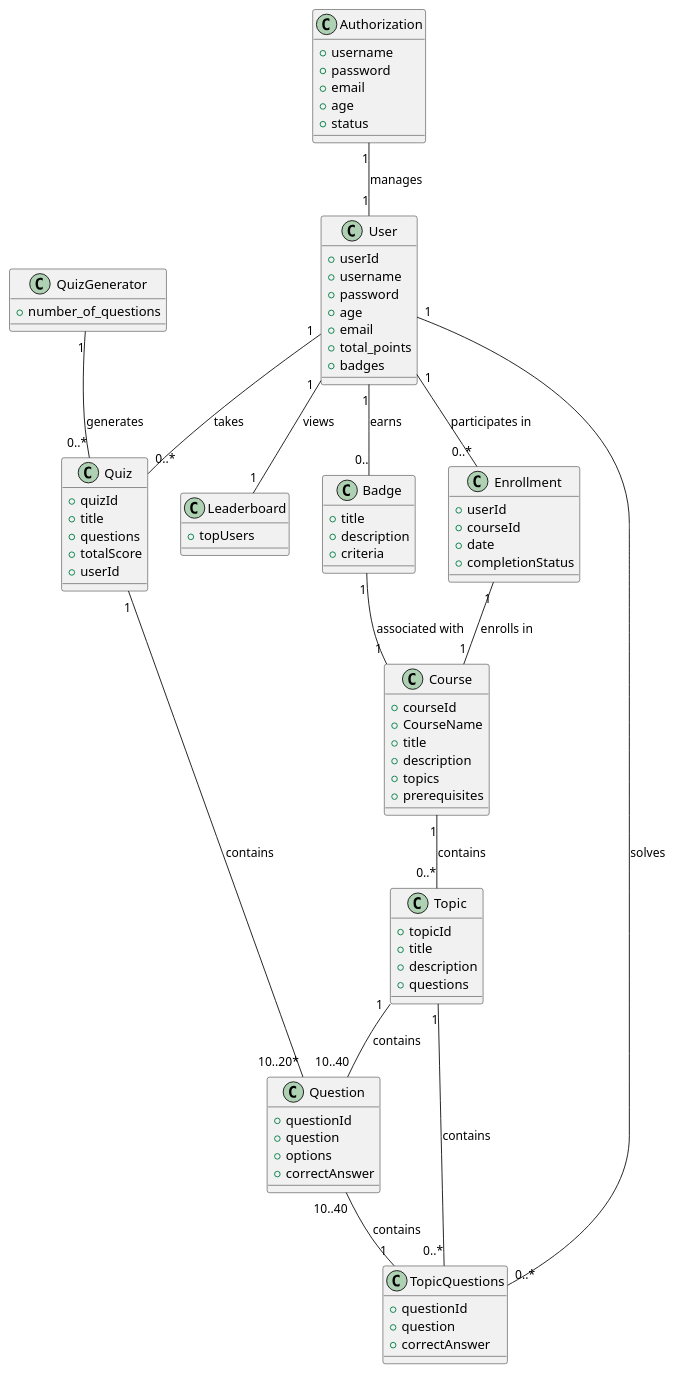
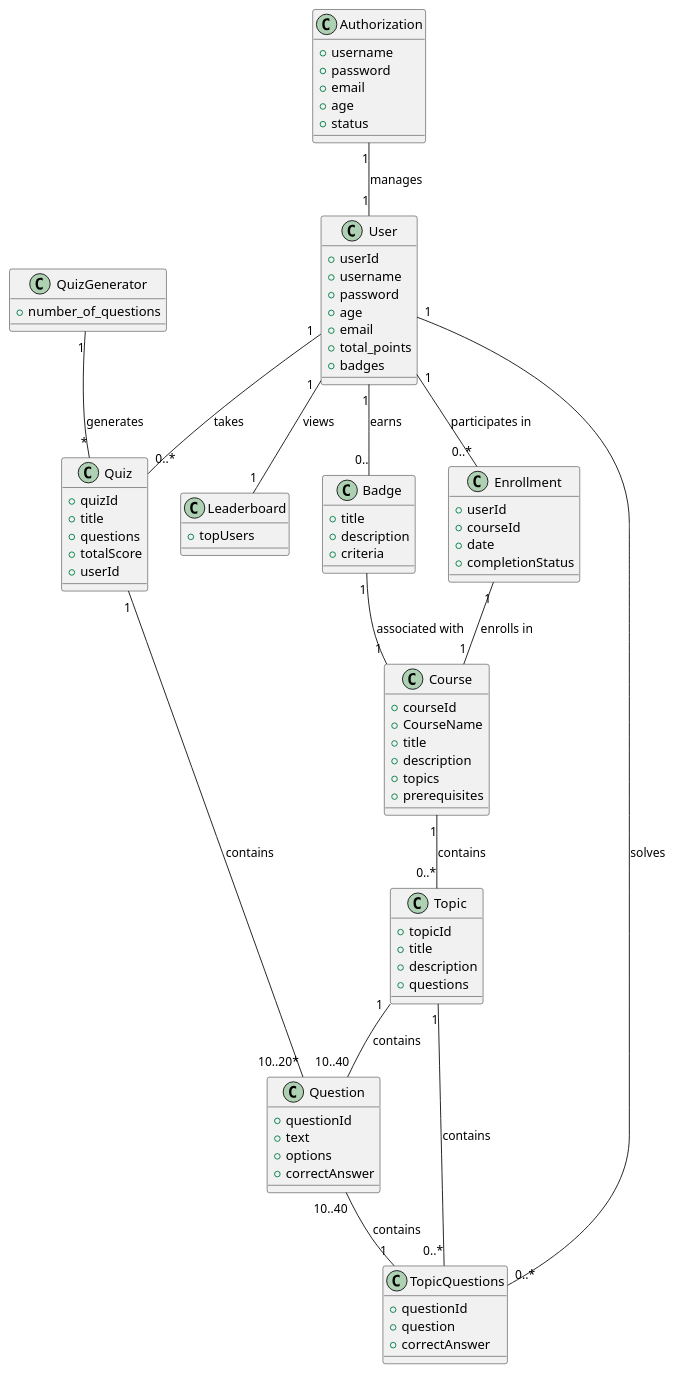
Before and after one commit to Noureqo1/Banana-brain-learning: the diagram in documentation/domain_model.puml, drawn with PlantUML. The commit also changed 5 other files, not shown here.

```diff
--- a/documentation/domain_model.puml
+++ b/documentation/domain_model.puml
@@ -1,93 +1,93 @@
 @startuml
 class User
 {
     +userId
     +username
     +password
     +age
     +email
     +total_points
     +badges
 }
 class Course
 {
     +courseId
     +CourseName
     +title
     +description
     +topics
     +prerequisites
 }
 class Topic
 {
     +topicId
     +title
     +description
     +questions
 }
 class Question
 {
     +questionId
-    +question
+    +text
     +options
     +correctAnswer
 }
 class Quiz
 {
     +quizId
     +title
     +questions
     +totalScore
     +userId
 }
 class Leaderboard
 {
     +topUsers
 }
 
 class Badge
 {
     +title
     +description
     +criteria
 }
 class Enrollment
 {
     +userId
     +courseId
     +date
     +completionStatus
 }
 class TopicQuestions
 {
     +questionId
     +question
     +correctAnswer
 }
 class Authorization
 {
     +username
     +password
     +email
     +age
     +status
 }
 class QuizGenerator
 {
     +number_of_questions
 }
 User "1" -- "0..*" Enrollment : participates in
 User "1" -- "1" Leaderboard : views
 Enrollment "1" -- "1" Course : enrolls in
 Course "1" -- "0..*" Topic : contains
 Topic "1" -- "10..40" Question : contains
 User "1" -- "0..*" Quiz : takes
 Quiz "1" -- "10..20*" Question : contains
 User "1" -- "0.." Badge : earns
 Authorization "1" -- "1" User : manages
-QuizGenerator "1" -- "0..*" Quiz : generates
+QuizGenerator "1" -- "*" Quiz : generates
 Topic "1" -- "0..*" TopicQuestions : contains
 Badge "1" -- "1" Course : associated with
 User "1" -- "0..*" TopicQuestions : solves
 Question "10..40" -- "1" TopicQuestions : contains
 @enduml
```
